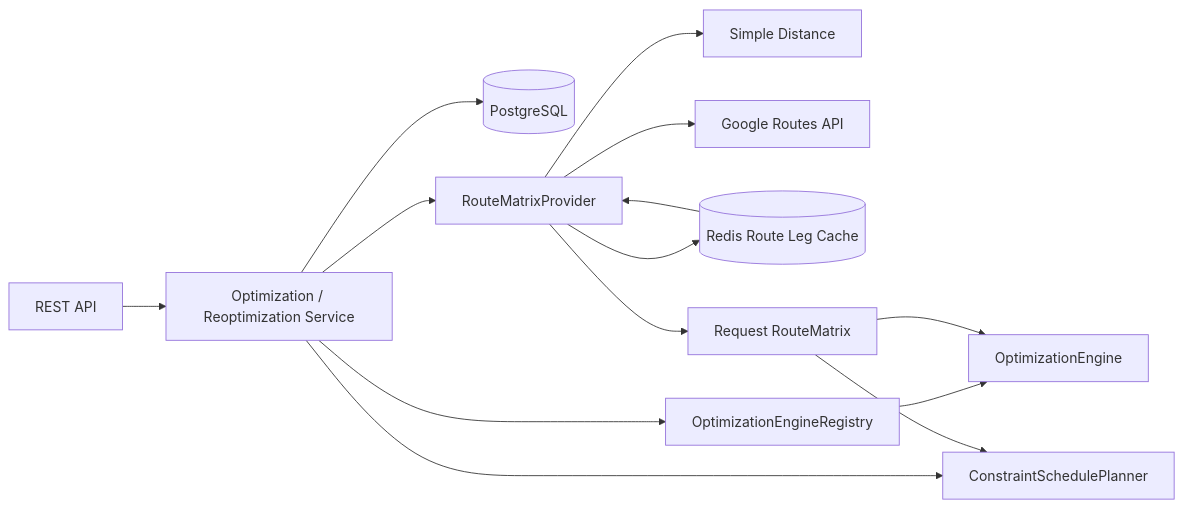
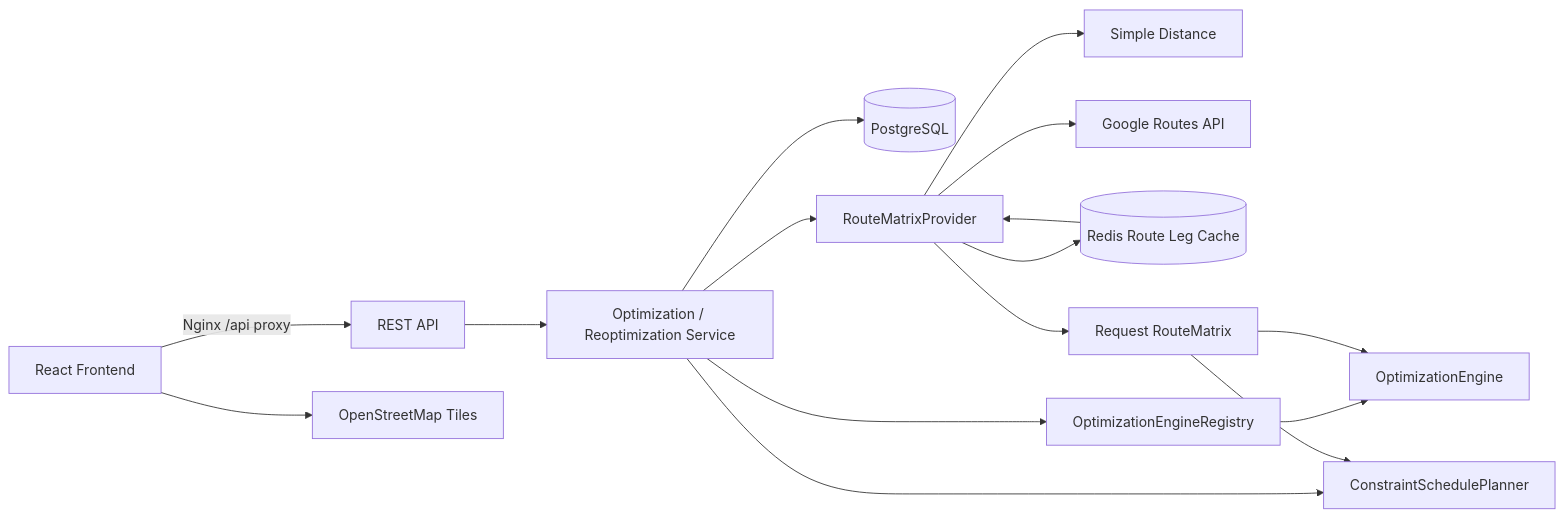
The first of 2 diagrams in README.md (sungjuun/RoutePlan), drawn with Mermaid before and after one commit. The commit also changed other lines of this file, not shown here.

````diff
--- a/README.md
+++ b/README.md
@@ -108,16 +116,18 @@
 ```mermaid
 flowchart LR
-    API[REST API] --> APP[Optimization / Reoptimization Service]
+    WEB[React Frontend] -->|Nginx /api proxy| API[REST API]
+    WEB --> OSM[OpenStreetMap Tiles]
+    API --> APP[Optimization / Reoptimization Service]
     APP --> DB[(PostgreSQL)]
     APP --> MATRIX[RouteMatrixProvider]
     MATRIX --> SIMPLE[Simple Distance]
     MATRIX --> GOOGLE[Google Routes API]
     MATRIX --> CACHE[(Redis Route Leg Cache)]
     CACHE --> MATRIX
     APP --> REGISTRY[OptimizationEngineRegistry]
     REGISTRY --> ENGINE[OptimizationEngine]
     MATRIX --> ROUTE[Request RouteMatrix]
     ROUTE --> ENGINE
     APP --> PLANNER[ConstraintSchedulePlanner]
     ROUTE --> PLANNER
 ```
````
